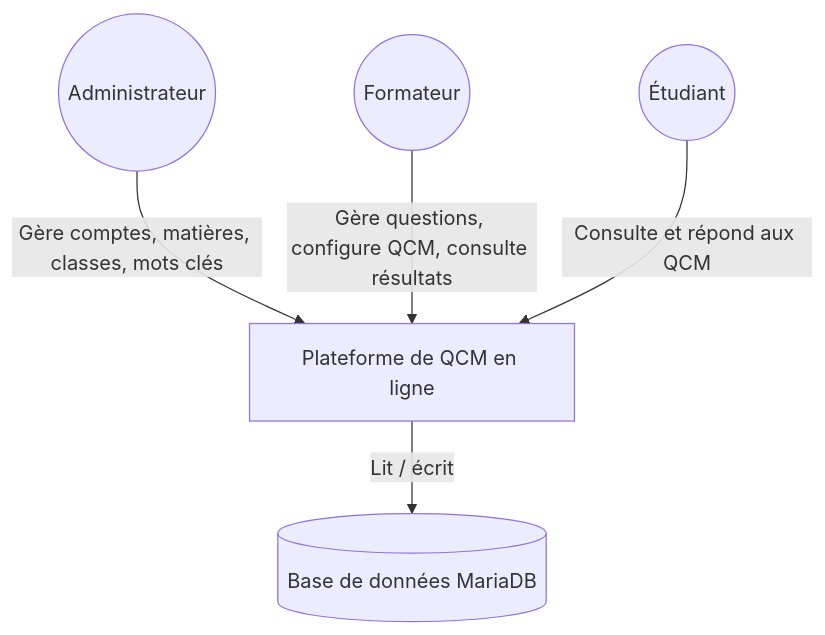
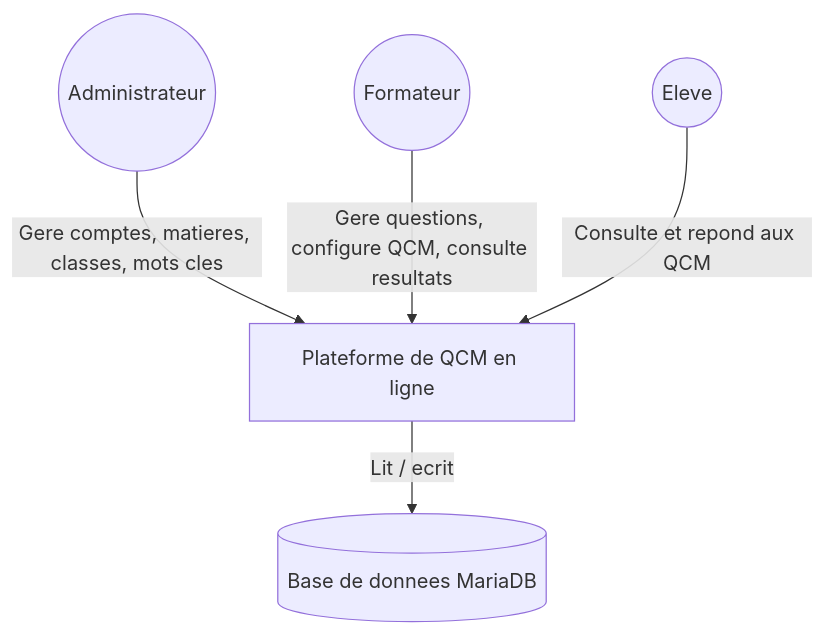
Before and after one commit to BAYRAMEsadselim/Cassin-SIO26-AP3-QCM-BAYRAM: the second of 2 diagrams in docs/technique/architecture.md, drawn with Mermaid. The commit also changed other lines of this file, not shown here.

First line of the commit message:
Revise architecture documentation and update dates

````diff
--- a/docs/technique/architecture.md
+++ b/docs/technique/architecture.md
@@ -114,13 +65,13 @@
 ```mermaid
 graph TD
     Admin((Administrateur))
     Formateur((Formateur))
-    Etudiant((Étudiant))
+    Eleve((Eleve))
     Plateforme[Plateforme de QCM en ligne]
-    BDD[(Base de données MariaDB)]
+    BDD[(Base de donnees MariaDB)]
 
-    Admin -->|Gère comptes, matières, classes, mots clés| Plateforme
-    Formateur -->|Gère questions, configure QCM, consulte résultats| Plateforme
-    Etudiant -->|Consulte et répond aux QCM| Plateforme
-    Plateforme -->|Lit / écrit| BDD
+    Admin -->|Gere comptes, matieres, classes, mots cles| Plateforme
+    Formateur -->|Gere questions, configure QCM, consulte resultats| Plateforme
+    Eleve -->|Consulte et repond aux QCM| Plateforme
+    Plateforme -->|Lit / ecrit| BDD
 ```
````
